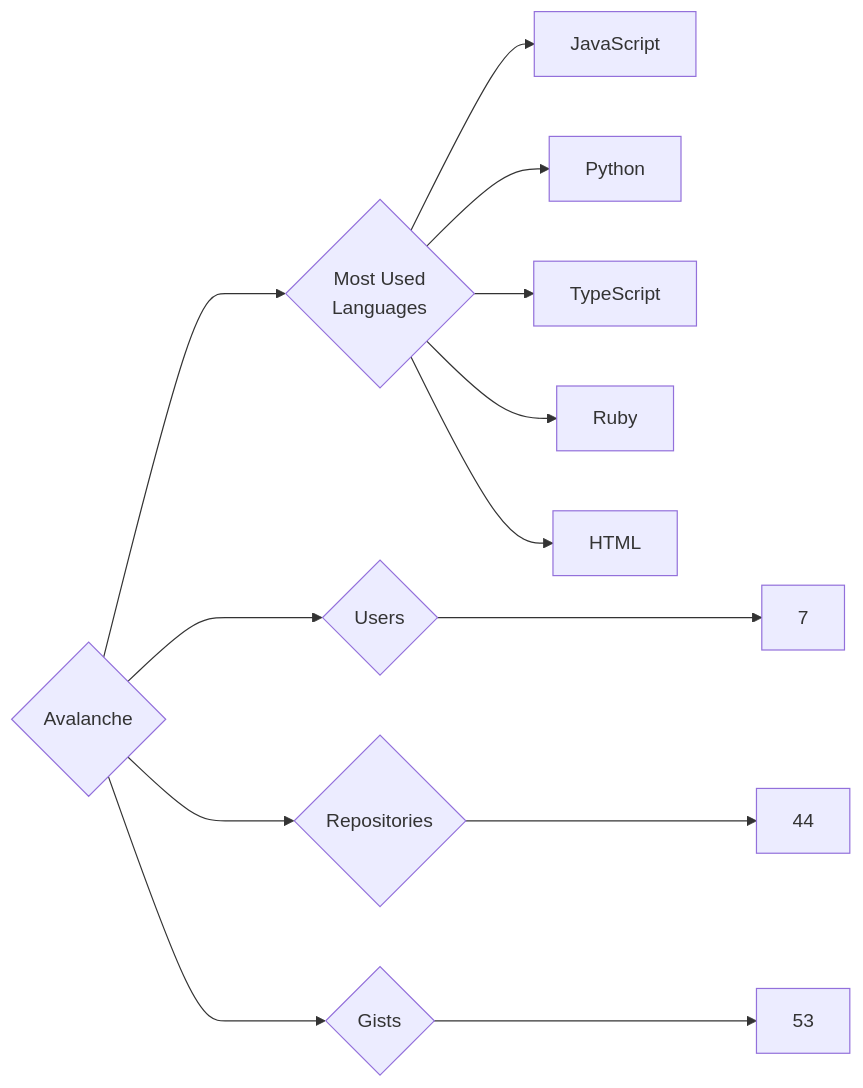
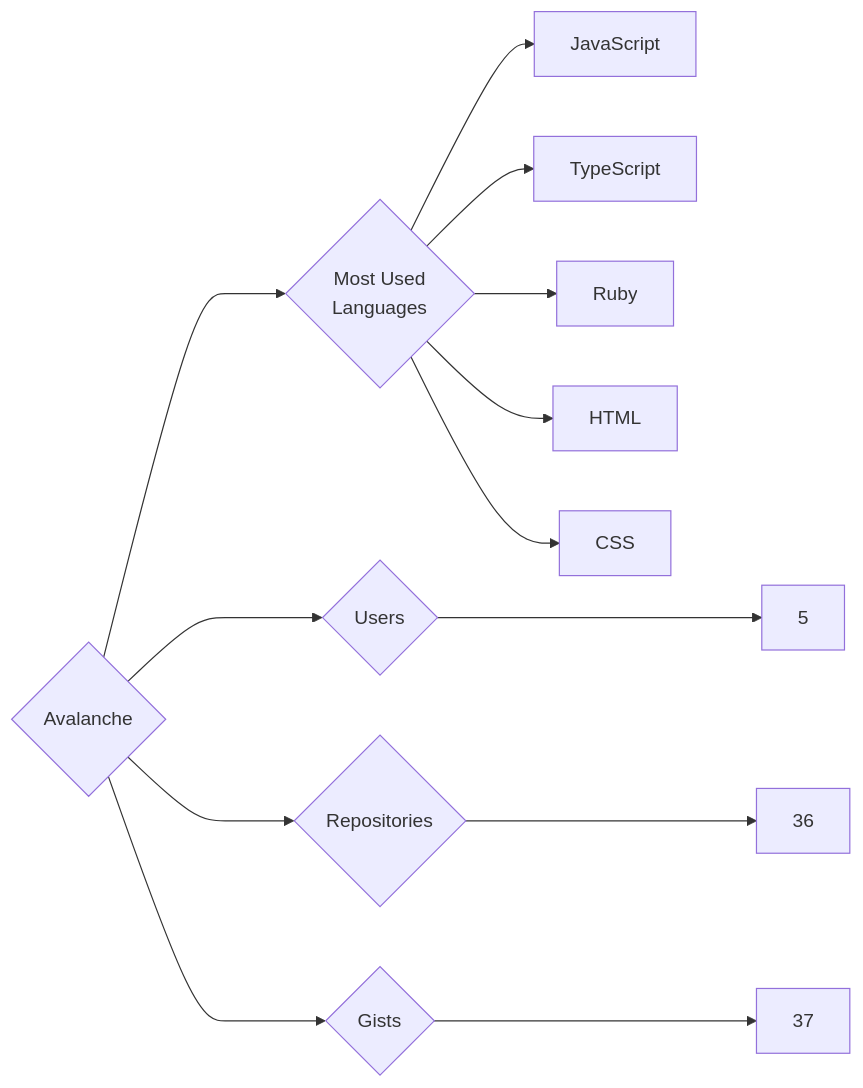
The diagram in targets/Avalanche/README.md (trickest/insiders), drawn with Mermaid before and after one commit. The commit also changed 1007 other files, not shown here.

````diff
--- a/targets/Avalanche/README.md
+++ b/targets/Avalanche/README.md
@@ -3,13 +3,13 @@
 ```mermaid
 graph LR
 COMPANY_NAME{Avalanche}
-COMPANY_NAME ---> U{Users} ---> UN[7]
-COMPANY_NAME ---> R{Repositories} ---> RN[44]
-COMPANY_NAME ---> G{Gists} ---> GN[53]
+COMPANY_NAME ---> U{Users} ---> UN[5]
+COMPANY_NAME ---> R{Repositories} ---> RN[36]
+COMPANY_NAME ---> G{Gists} ---> GN[37]
 COMPANY_NAME ---> ML{Most Used<br>Languages}
 ML --> JavaScript[JavaScript]
-ML --> Python[Python]
 ML --> TypeScript[TypeScript]
 ML --> Ruby[Ruby]
 ML --> HTML[HTML]
+ML --> CSS[CSS]
 ```
````
